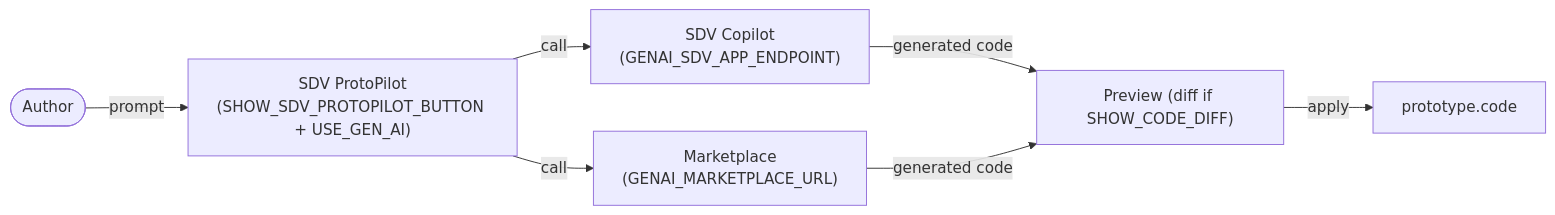
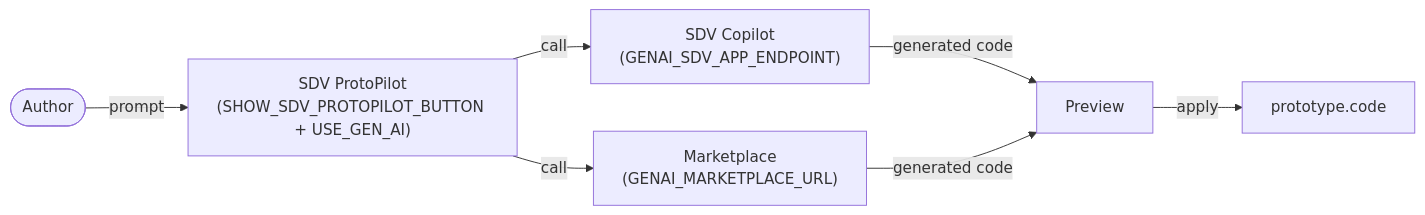
One commit to eclipse-autowrx/autowrx changed the second of 13 diagrams in docs/capabilities/integrations-platform.md. Above: the diagram before and after it, drawn with Mermaid. The commit also changed other lines of this file and 5 other files, not shown here.

First line of the commit message:
refactor(prototype-code): drop SHOW_CODE_API_PANEL and SHOW_CODE_DIFF

````diff
--- a/docs/capabilities/integrations-platform.md
+++ b/docs/capabilities/integrations-platform.md
@@ -94,9 +92,9 @@
 ```mermaid
 flowchart LR
     U([Author]) -->|"prompt"| PP["SDV ProtoPilot<br/>(SHOW_SDV_PROTOPILOT_BUTTON + USE_GEN_AI)"]
     PP -->|"call"| SDV["SDV Copilot<br/>(GENAI_SDV_APP_ENDPOINT)"]
     PP -->|"call"| MK["Marketplace<br/>(GENAI_MARKETPLACE_URL)"]
-    SDV -->|generated code| PV["Preview (diff if SHOW_CODE_DIFF)"]
+    SDV -->|generated code| PV["Preview"]
     MK -->|generated code| PV
     PV -->|"apply"| PC["prototype.code"]
 ```
````
